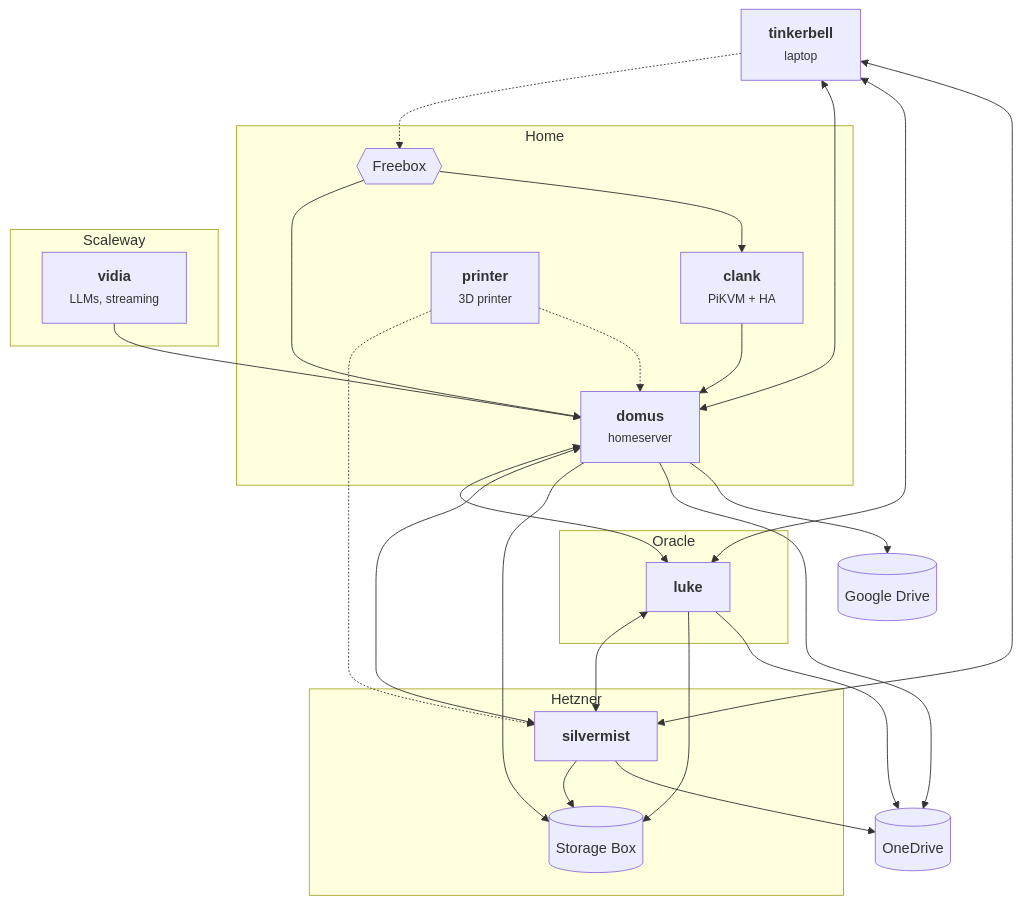
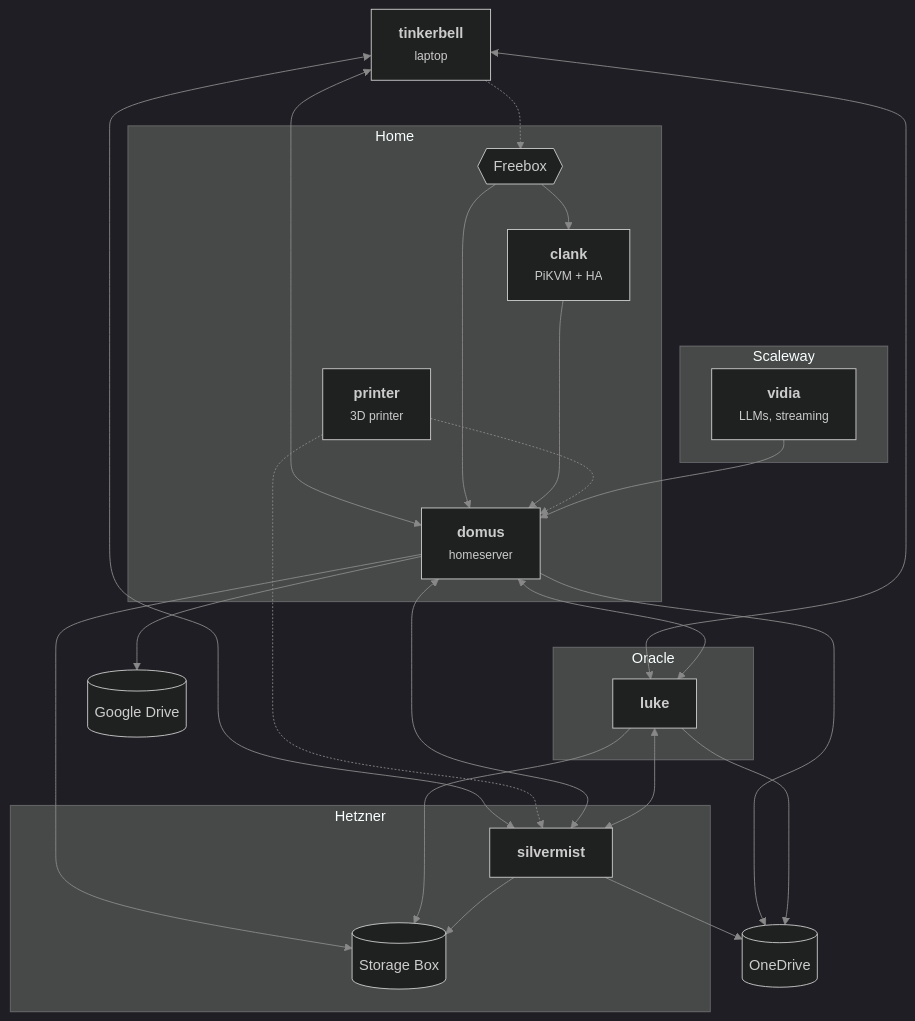
The first of 2 diagrams in README.md (ldryt/infra), drawn with Mermaid before and after one commit. The commit also changed other lines of this file, not shown here.

Commit message:
docs: fix diagram arrows and force dark theme

````diff
--- a/README.md
+++ b/README.md
@@ -5,45 +5,47 @@
 ```mermaid
+%%{init: {"theme": "dark", "themeVariables": {"lineColor": "#888"}}}%%
 flowchart TB
     tinkerbell["<b>tinkerbell</b><br/><small>laptop</small>"]
 
     subgraph home["Home"]
         freebox{{"Freebox"}}
         domus["<b>domus</b><br/><small>homeserver</small>"]
         clank["<b>clank</b><br/><small>PiKVM + HA</small>"]
         printer["<b>printer</b><br/><small>3D printer</small>"]
     end
 
     subgraph hetzner["Hetzner"]
         silvermist["<b>silvermist</b>"]
         storagebox[("Storage Box")]
     end
     subgraph oracle["Oracle"]
         luke["<b>luke</b>"]
     end
     subgraph scaleway["Scaleway"]
         vidia["<b>vidia</b><br/><small>LLMs, streaming</small>"]
     end
     onedrive[("OneDrive")]
     gdrive[("Google Drive")]
 
     tinkerbell -.-> freebox
     tinkerbell <--> domus
     tinkerbell <--> luke
     tinkerbell <--> silvermist
     freebox --> domus
     freebox --> clank
     clank --> domus
     printer -.-> silvermist
     printer -.-> domus
     vidia --> domus
     domus <--> luke
     domus <--> silvermist
     luke <--> silvermist
     domus --> storagebox
     domus --> onedrive
     domus --> gdrive
     luke --> storagebox
     luke --> onedrive
     silvermist --> storagebox
     silvermist --> onedrive
+    clank ~~~ vidia
 ```
````
